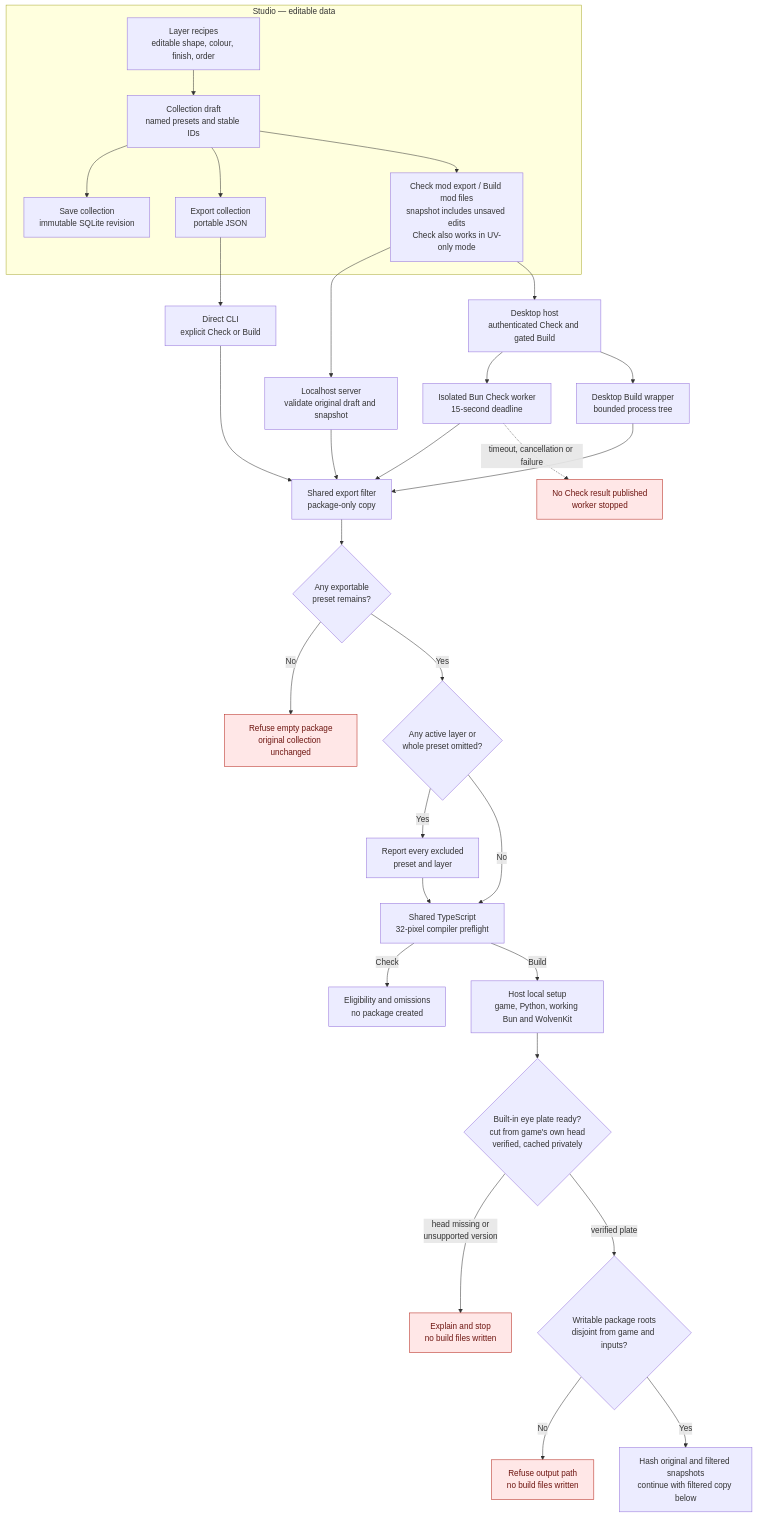
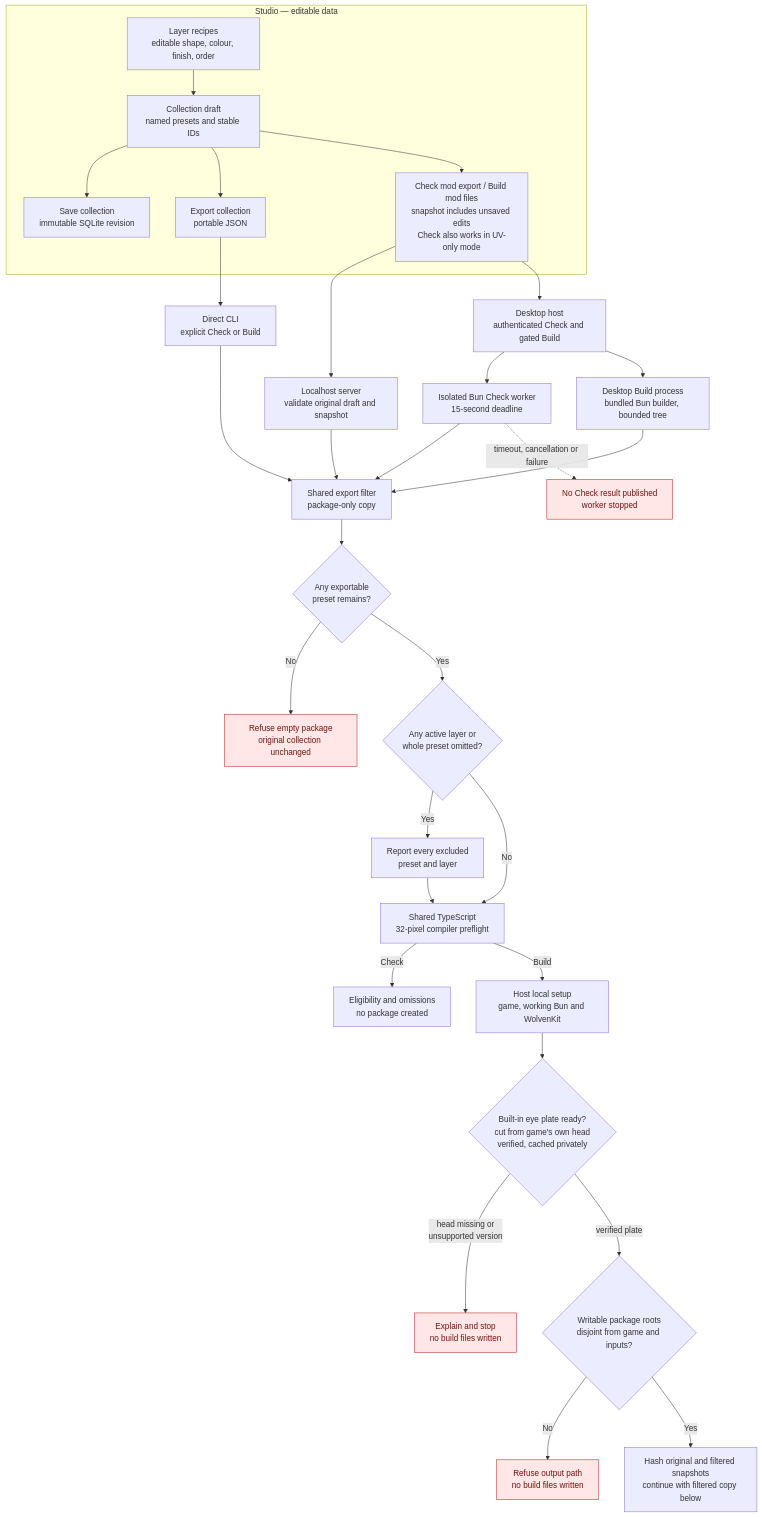
The first of 3 diagrams in research/authoring/studio-to-mod-pipeline.md (axefrog/xf-studio), drawn with Mermaid before and after one commit. The commit also changed other lines of this file and 11 other files, not shown here.

First line of the commit message:
Document the Python-free Build and record its parity with the Python builder

````diff
--- a/research/authoring/studio-to-mod-pipeline.md
+++ b/research/authoring/studio-to-mod-pipeline.md
@@ -11,36 +11,36 @@
 ```mermaid
 flowchart TB
   subgraph editor["Studio — editable data"]
     recipe["Layer recipes<br/>editable shape, colour, finish, order"] --> draft["Collection draft<br/>named presets and stable IDs"]
     draft --> sqlite["Save collection<br/>immutable SQLite revision"]
     draft --> export["Export collection<br/>portable JSON"]
     draft --> ui["Check mod export / Build mod files<br/>snapshot includes unsaved edits<br/>Check also works in UV-only mode"]
   end
 
   ui --> server["Localhost server<br/>validate original draft and snapshot"]
   ui --> desktop["Desktop host<br/>authenticated Check and gated Build"]
   server --> filter["Shared export filter<br/>package-only copy"]
   desktop --> worker["Isolated Bun Check worker<br/>15-second deadline"]
-  desktop --> buildWrapper["Desktop Build wrapper<br/>bounded process tree"]
+  desktop --> buildWrapper["Desktop Build process<br/>bundled Bun builder, bounded tree"]
   worker --> filter
   buildWrapper --> filter
   worker -. "timeout, cancellation or failure" .-> noresult["No Check result published<br/>worker stopped"]
   export --> cli["Direct CLI<br/>explicit Check or Build"]
   cli --> filter
   filter --> decision{"Any exportable<br/>preset remains?"}
   decision -- No --> reject["Refuse empty package<br/>original collection unchanged"]
   decision -- Yes --> omitted{"Any active layer or<br/>whole preset omitted?"}
   omitted -- Yes --> warn["Report every excluded<br/>preset and layer"]
   omitted -- No --> preflight["Shared TypeScript<br/>32-pixel compiler preflight"]
   warn --> preflight
   preflight -- Check --> ready["Eligibility and omissions<br/>no package created"]
-  preflight -- Build --> setup["Host local setup<br/>game, Python, working Bun and WolvenKit"]
+  preflight -- Build --> setup["Host local setup<br/>game, working Bun and WolvenKit"]
   setup --> plate{"Built-in eye plate ready?<br/>cut from game's own head<br/>verified, cached privately"}
   plate -- "head missing or<br/>unsupported version" --> noplate["Explain and stop<br/>no build files written"]
   plate -- "verified plate" --> roots{"Writable package roots<br/>disjoint from game and inputs?"}
   roots -- No --> unsafe["Refuse output path<br/>no build files written"]
   roots -- Yes --> snapshot["Hash original and filtered snapshots<br/>continue with filtered copy below"]
 
   classDef blocked fill:#ffe7e7,stroke:#b42318,color:#6e1611;
   class reject,noresult,unsafe,noplate blocked;
 ```
````
